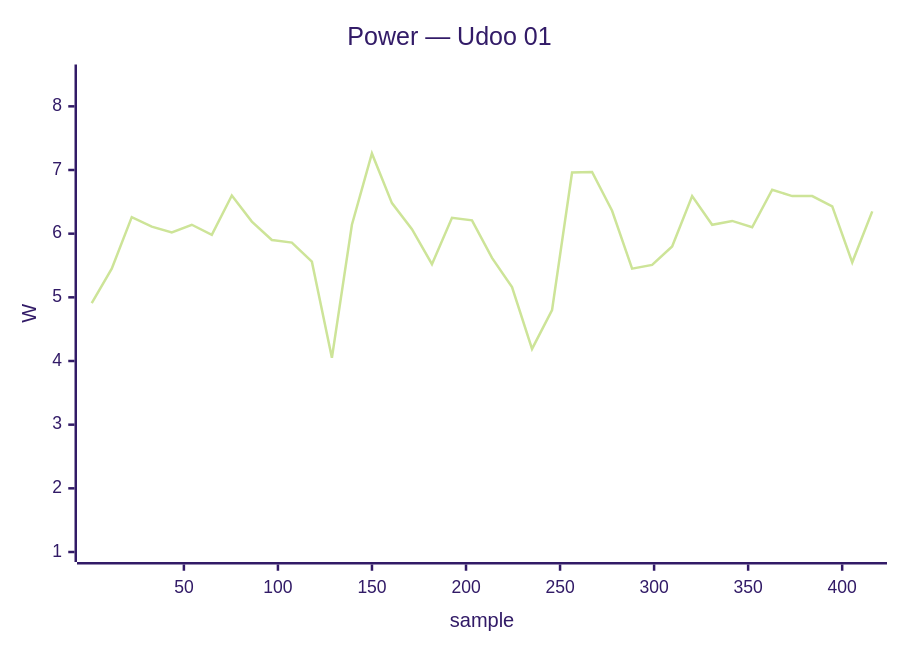
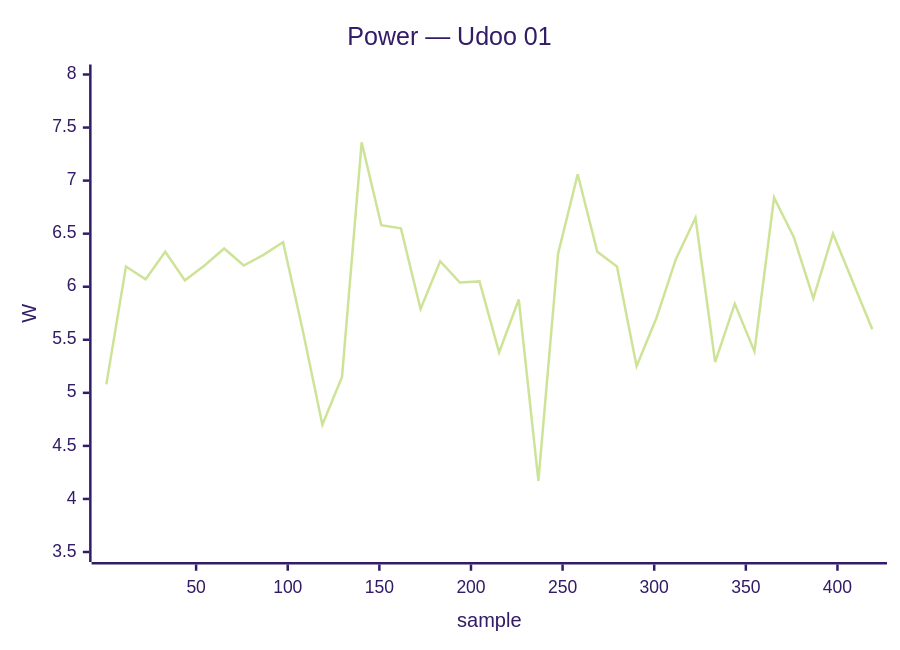
Diagram 22 of 24 in docs/status/board-tests.md (armbian/documentation), drawn with Mermaid (forest theme) before and after one commit. The commit also changed other lines of this file, not shown here.

````diff
--- a/docs/status/board-tests.md
+++ b/docs/status/board-tests.md
@@ -1187,7 +1172,7 @@
     ```mermaid
     xychart-beta
         title "Power — Udoo 01"
-        x-axis "sample" 1 --> 416
-        y-axis "W" 1.0 --> 8.5
-        line [4.91, 5.45, 6.26, 6.11, 6.02, 6.14, 5.98, 6.60, 6.19, 5.90, 5.86, 5.56, 4.05, 6.14, 7.26, 6.48, 6.07, 5.52, 6.25, 6.21, 5.62, 5.16, 4.19, 4.80, 6.96, 6.97, 6.36, 5.45, 5.51, 5.80, 6.59, 6.14, 6.20, 6.10, 6.69, 6.59, 6.59, 6.43, 5.55, 6.35]
+        x-axis "sample" 1 --> 419
+        y-axis "W" 3.5 --> 8.0
+        line [5.08, 6.19, 6.07, 6.33, 6.06, 6.20, 6.36, 6.20, 6.30, 6.42, 5.59, 4.70, 5.15, 7.36, 6.58, 6.55, 5.79, 6.24, 6.04, 6.05, 5.38, 5.88, 4.17, 6.31, 7.06, 6.33, 6.19, 5.25, 5.70, 6.26, 6.65, 5.29, 5.84, 5.39, 6.84, 6.47, 5.89, 6.50, 6.05, 5.60]
     ```
````
